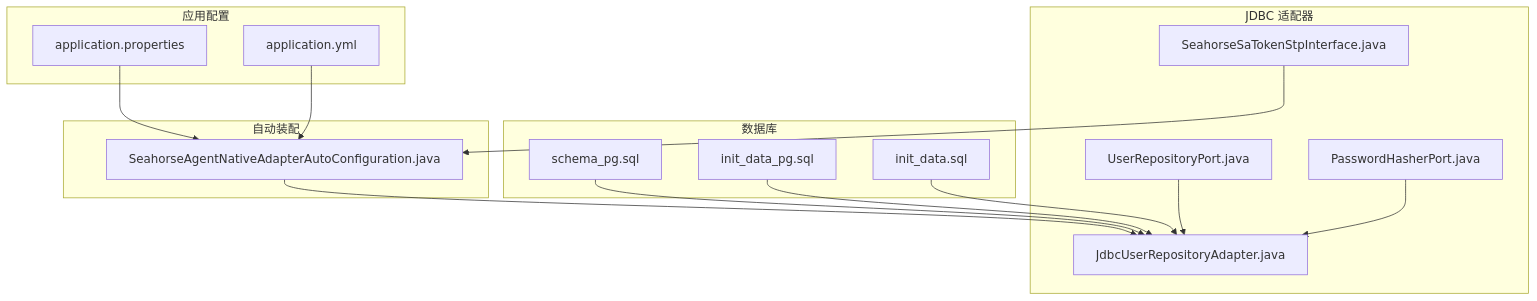
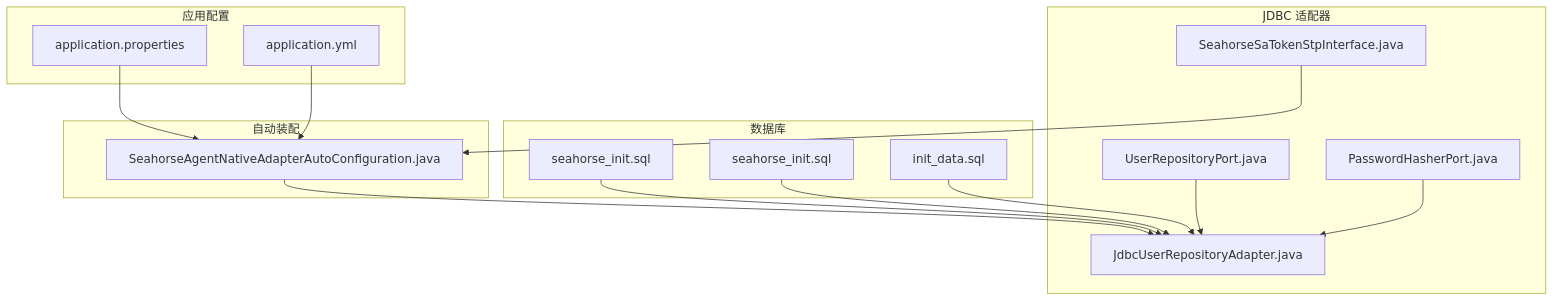
One commit to onceMisery/seahorse-agent changed the first of 6 diagrams in docs/zh/content/数据库设计/安全配置.md. Above: the diagram before and after it, drawn with Mermaid. The commit also changed other lines of this file and 31 other files, not shown here.

First line of the commit message:
refactor: merge all DDL into seahorse_init.sql, delete redundant scripts

````diff
--- a/docs/zh/content/数据库设计/安全配置.md
+++ b/docs/zh/content/数据库设计/安全配置.md
@@ -41,30 +41,30 @@
 ```mermaid
 graph TB
 subgraph "应用配置"
 APP_PROPS["application.properties"]
 APP_YML["application.yml"]
 end
 subgraph "数据库"
-SCHEMA["schema_pg.sql"]
-INIT_PG["init_data_pg.sql"]
+SCHEMA["seahorse_init.sql"]
+INIT_PG["seahorse_init.sql"]
 INIT_SQL["init_data.sql"]
 end
 subgraph "自动装配"
 AUTO_CONF["SeahorseAgentNativeAdapterAutoConfiguration.java"]
 end
 subgraph "JDBC 适配器"
 JDBC_USER["JdbcUserRepositoryAdapter.java"]
 PORT_USER["UserRepositoryPort.java"]
 HASH_PORT["PasswordHasherPort.java"]
 SA_TOKEN["SeahorseSaTokenStpInterface.java"]
 end
 APP_PROPS --> AUTO_CONF
 APP_YML --> AUTO_CONF
 AUTO_CONF --> JDBC_USER
 SCHEMA --> JDBC_USER
 INIT_PG --> JDBC_USER
 INIT_SQL --> JDBC_USER
 PORT_USER --> JDBC_USER
 HASH_PORT --> JDBC_USER
 SA_TOKEN --> AUTO_CONF
 ```
````
